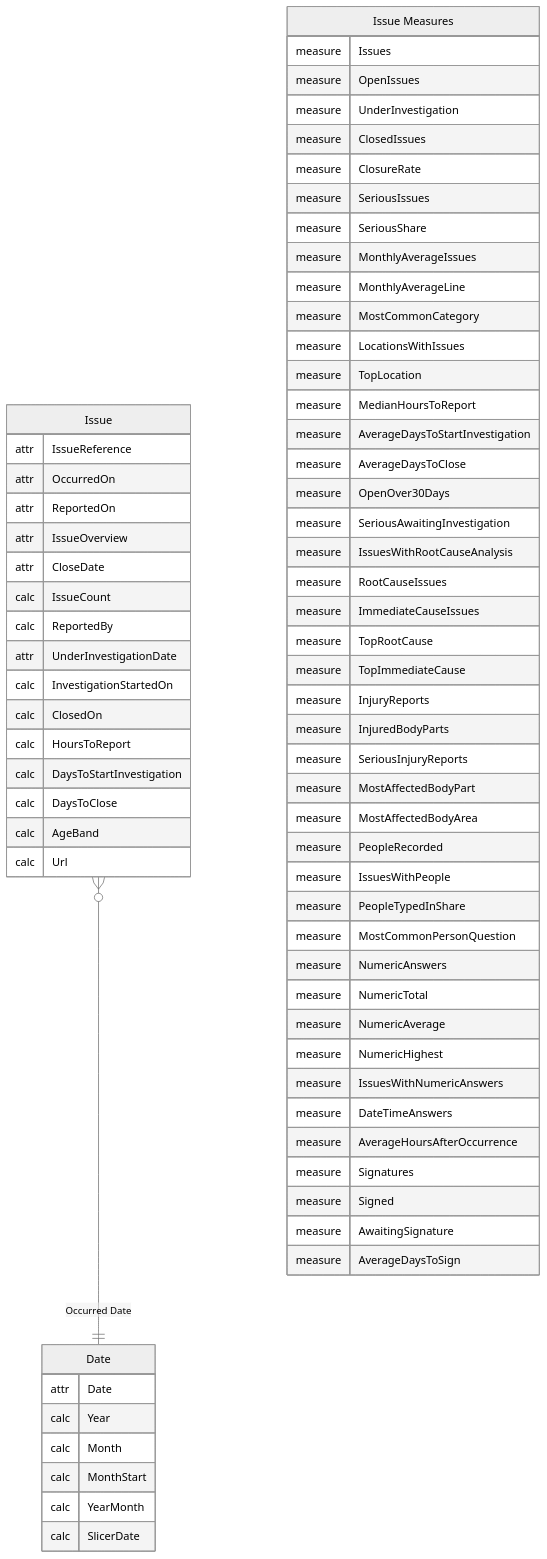
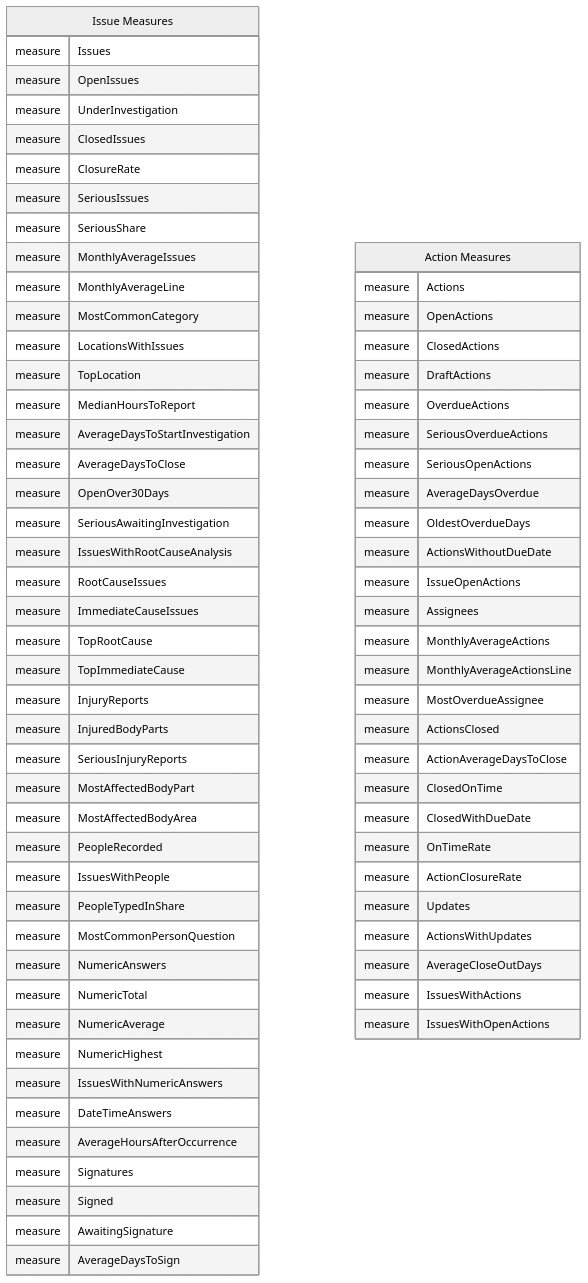
Diagram 11 of 12 in PowerBISamplesModels/ReportedIssues.md (work-wallet/BIClient), drawn with Mermaid before and after one commit. The commit also changed 17 other files, not shown here.

````diff
--- a/PowerBISamplesModels/ReportedIssues.md
+++ b/PowerBISamplesModels/ReportedIssues.md
@@ -447,77 +456,79 @@
 ```mermaid
 ---
 config:
   theme: neutral
 ---
 erDiagram
-    "Date" {
-        attr Date
-        calc Year
-        calc Month
-        calc MonthStart
-        calc YearMonth
-        calc SlicerDate
-    }
-    "Issue" {
-        attr IssueReference
-        attr OccurredOn
-        attr ReportedOn
-        attr IssueOverview
-        attr CloseDate
-        calc IssueCount
-        calc ReportedBy
-        attr UnderInvestigationDate
-        calc InvestigationStartedOn
-        calc ClosedOn
-        calc HoursToReport
-        calc DaysToStartInvestigation
-        calc DaysToClose
-        calc AgeBand
-        calc Url
-    }
     "Issue Measures" {
         measure Issues
         measure OpenIssues
         measure UnderInvestigation
         measure ClosedIssues
         measure ClosureRate
         measure SeriousIssues
         measure SeriousShare
         measure MonthlyAverageIssues
         measure MonthlyAverageLine
         measure MostCommonCategory
         measure LocationsWithIssues
         measure TopLocation
         measure MedianHoursToReport
         measure AverageDaysToStartInvestigation
         measure AverageDaysToClose
         measure OpenOver30Days
         measure SeriousAwaitingInvestigation
         measure IssuesWithRootCauseAnalysis
         measure RootCauseIssues
         measure ImmediateCauseIssues
         measure TopRootCause
         measure TopImmediateCause
         measure InjuryReports
         measure InjuredBodyParts
         measure SeriousInjuryReports
         measure MostAffectedBodyPart
         measure MostAffectedBodyArea
         measure PeopleRecorded
         measure IssuesWithPeople
         measure PeopleTypedInShare
         measure MostCommonPersonQuestion
         measure NumericAnswers
         measure NumericTotal
         measure NumericAverage
         measure NumericHighest
         measure IssuesWithNumericAnswers
         measure DateTimeAnswers
         measure AverageHoursAfterOccurrence
         measure Signatures
         measure Signed
         measure AwaitingSignature
         measure AverageDaysToSign
     }
-    "Issue" }o--|| "Date" : "Occurred Date"
+    "Action Measures" {
+        measure Actions
+        measure OpenActions
+        measure ClosedActions
+        measure DraftActions
+        measure OverdueActions
+        measure SeriousOverdueActions
+        measure SeriousOpenActions
+        measure AverageDaysOverdue
+        measure OldestOverdueDays
+        measure ActionsWithoutDueDate
+        measure IssueOpenActions
+        measure Assignees
+        measure MonthlyAverageActions
+        measure MonthlyAverageActionsLine
+        measure MostOverdueAssignee
+        measure ActionsClosed
+        measure ActionAverageDaysToClose
+        measure ClosedOnTime
+        measure ClosedWithDueDate
+        measure OnTimeRate
+        measure ActionClosureRate
+        measure Updates
+        measure ActionsWithUpdates
+        measure AverageCloseOutDays
+        measure IssuesWithActions
+        measure IssuesWithOpenActions
+    }
 ```
````
